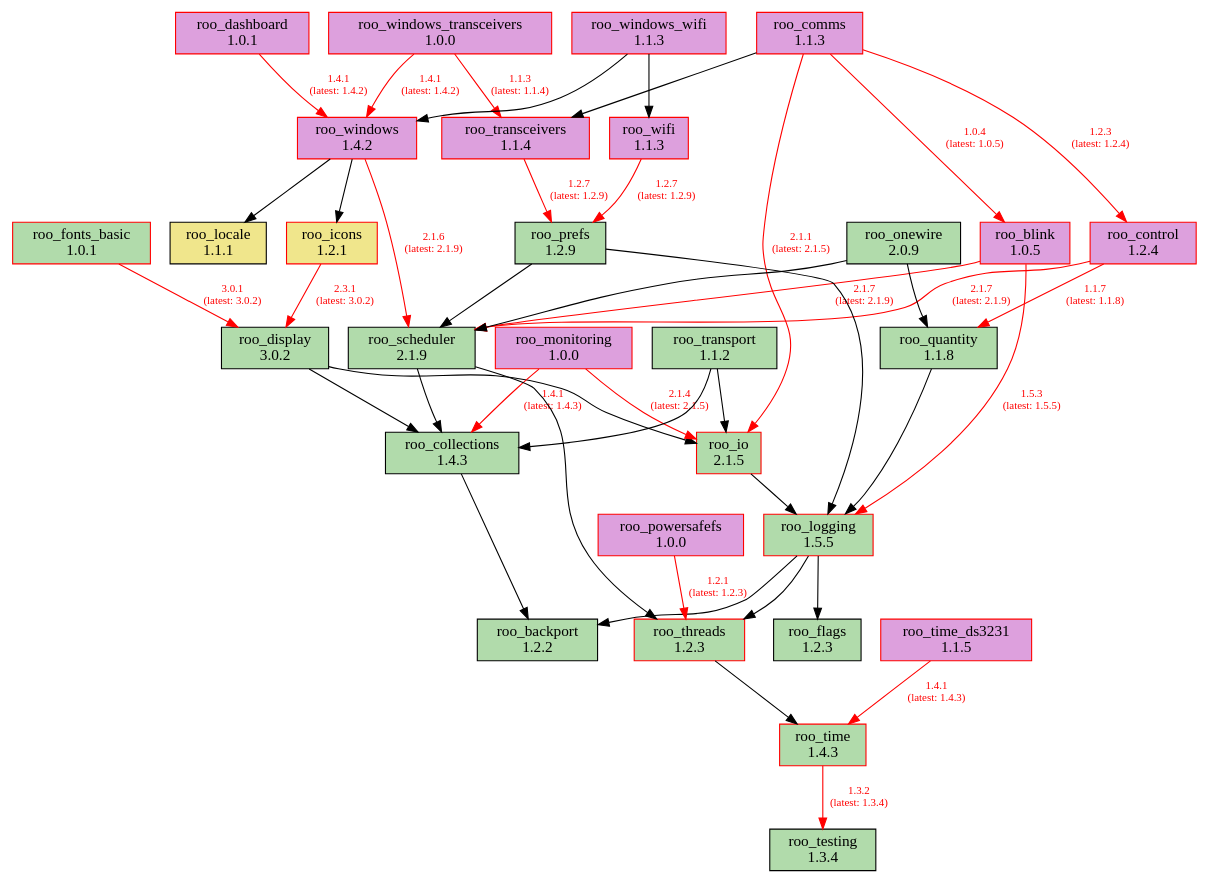
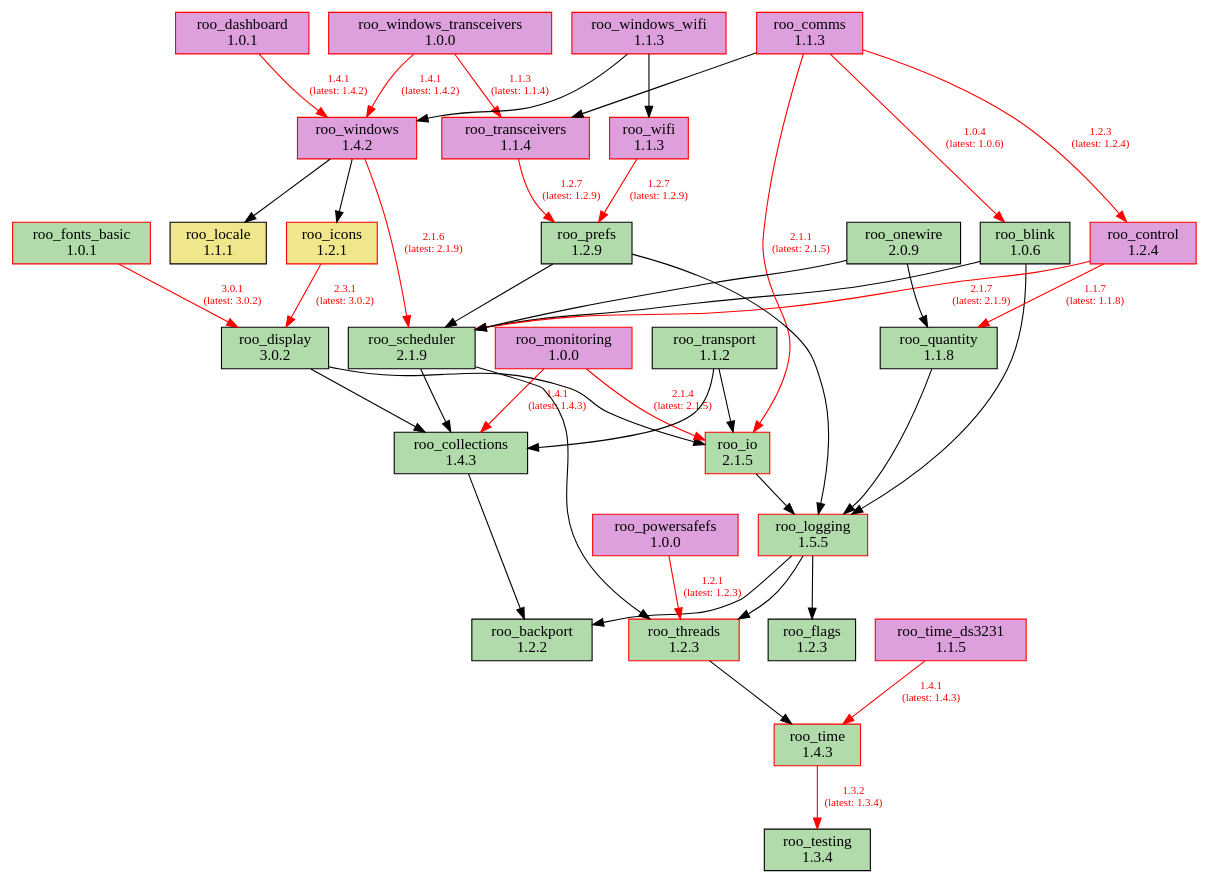
One commit to dejwk/roo-registry changed the diagram in doc/dependencies.dot. Above: the diagram before and after it, drawn with Graphviz. The commit also changed 3 other files, not shown here.

Commit message:
Added roo_blink 1.0.6 to the registry.

```diff
--- a/doc/dependencies.dot
+++ b/doc/dependencies.dot
@@ -1,80 +1,80 @@
 digraph dependencies {
     rankdir=TB;
     node [shape=box, style=filled];
     edge [fontsize=10];
 
     // Modules
     "roo_backport" [label="roo_backport\n1.2.2", fillcolor="#b1dbab", color="black"];
-    "roo_blink" [label="roo_blink\n1.0.5", fillcolor="plum", color="red"];
+    "roo_blink" [label="roo_blink\n1.0.6", fillcolor="#b1dbab", color="black"];
     "roo_collections" [label="roo_collections\n1.4.3", fillcolor="#b1dbab", color="black"];
     "roo_comms" [label="roo_comms\n1.1.3", fillcolor="plum", color="red"];
     "roo_control" [label="roo_control\n1.2.4", fillcolor="plum", color="red"];
     "roo_dashboard" [label="roo_dashboard\n1.0.1", fillcolor="plum", color="red"];
     "roo_display" [label="roo_display\n3.0.2", fillcolor="#b1dbab", color="black"];
     "roo_flags" [label="roo_flags\n1.2.3", fillcolor="#b1dbab", color="black"];
     "roo_fonts_basic" [label="roo_fonts_basic\n1.0.1", fillcolor="#b1dbab", color="red"];
     "roo_icons" [label="roo_icons\n1.2.1", fillcolor="khaki", color="red"];
     "roo_io" [label="roo_io\n2.1.5", fillcolor="#b1dbab", color="red"];
     "roo_locale" [label="roo_locale\n1.1.1", fillcolor="khaki", color="black"];
     "roo_logging" [label="roo_logging\n1.5.5", fillcolor="#b1dbab", color="red"];
     "roo_monitoring" [label="roo_monitoring\n1.0.0", fillcolor="plum", color="red"];
     "roo_onewire" [label="roo_onewire\n2.0.9", fillcolor="#b1dbab", color="black"];
     "roo_powersafefs" [label="roo_powersafefs\n1.0.0", fillcolor="plum", color="red"];
     "roo_prefs" [label="roo_prefs\n1.2.9", fillcolor="#b1dbab", color="black"];
     "roo_quantity" [label="roo_quantity\n1.1.8", fillcolor="#b1dbab", color="black"];
     "roo_scheduler" [label="roo_scheduler\n2.1.9", fillcolor="#b1dbab", color="black"];
     "roo_testing" [label="roo_testing\n1.3.4", fillcolor="#b1dbab", color="black"];
     "roo_threads" [label="roo_threads\n1.2.3", fillcolor="#b1dbab", color="red"];
     "roo_time" [label="roo_time\n1.4.3", fillcolor="#b1dbab", color="red"];
     "roo_time_ds3231" [label="roo_time_ds3231\n1.1.5", fillcolor="plum", color="red"];
     "roo_transceivers" [label="roo_transceivers\n1.1.4", fillcolor="plum", color="red"];
     "roo_transport" [label="roo_transport\n1.1.2", fillcolor="#b1dbab", color="black"];
     "roo_wifi" [label="roo_wifi\n1.1.3", fillcolor="plum", color="red"];
     "roo_windows" [label="roo_windows\n1.4.2", fillcolor="plum", color="red"];
     "roo_windows_transceivers" [label="roo_windows_transceivers\n1.0.0", fillcolor="plum", color="red"];
     "roo_windows_wifi" [label="roo_windows_wifi\n1.1.3", fillcolor="plum", color="red"];
 
     // Dependencies
-    "roo_blink" -> "roo_logging" [color=red, fontcolor=red, label="1.5.3\n(latest: 1.5.5)"];
-    "roo_blink" -> "roo_scheduler" [color=red, fontcolor=red, label="2.1.7\n(latest: 2.1.9)"];
+    "roo_blink" -> "roo_logging";
+    "roo_blink" -> "roo_scheduler";
     "roo_collections" -> "roo_backport";
-    "roo_comms" -> "roo_blink" [color=red, fontcolor=red, label="1.0.4\n(latest: 1.0.5)"];
+    "roo_comms" -> "roo_blink" [color=red, fontcolor=red, label="1.0.4\n(latest: 1.0.6)"];
     "roo_comms" -> "roo_control" [color=red, fontcolor=red, label="1.2.3\n(latest: 1.2.4)"];
     "roo_comms" -> "roo_io" [color=red, fontcolor=red, label="2.1.1\n(latest: 2.1.5)"];
     "roo_comms" -> "roo_transceivers";
     "roo_control" -> "roo_quantity" [color=red, fontcolor=red, label="1.1.7\n(latest: 1.1.8)"];
     "roo_control" -> "roo_scheduler" [color=red, fontcolor=red, label="2.1.7\n(latest: 2.1.9)"];
     "roo_dashboard" -> "roo_windows" [color=red, fontcolor=red, label="1.4.1\n(latest: 1.4.2)"];
     "roo_display" -> "roo_collections";
     "roo_display" -> "roo_io";
     "roo_fonts_basic" -> "roo_display" [color=red, fontcolor=red, label="3.0.1\n(latest: 3.0.2)"];
     "roo_icons" -> "roo_display" [color=red, fontcolor=red, label="2.3.1\n(latest: 3.0.2)"];
     "roo_io" -> "roo_logging";
     "roo_logging" -> "roo_backport";
     "roo_logging" -> "roo_flags";
     "roo_logging" -> "roo_threads";
     "roo_monitoring" -> "roo_collections" [color=red, fontcolor=red, label="1.4.1\n(latest: 1.4.3)"];
     "roo_monitoring" -> "roo_io" [color=red, fontcolor=red, label="2.1.4\n(latest: 2.1.5)"];
     "roo_onewire" -> "roo_scheduler";
     "roo_onewire" -> "roo_quantity";
     "roo_powersafefs" -> "roo_threads" [color=red, fontcolor=red, label="1.2.1\n(latest: 1.2.3)"];
     "roo_prefs" -> "roo_logging";
     "roo_prefs" -> "roo_scheduler";
     "roo_quantity" -> "roo_logging";
     "roo_scheduler" -> "roo_collections";
     "roo_scheduler" -> "roo_threads";
     "roo_threads" -> "roo_time";
     "roo_time" -> "roo_testing" [color=red, fontcolor=red, label="1.3.2\n(latest: 1.3.4)"];
     "roo_time_ds3231" -> "roo_time" [color=red, fontcolor=red, label="1.4.1\n(latest: 1.4.3)"];
     "roo_transceivers" -> "roo_prefs" [color=red, fontcolor=red, label="1.2.7\n(latest: 1.2.9)"];
     "roo_transport" -> "roo_collections";
     "roo_transport" -> "roo_io";
     "roo_wifi" -> "roo_prefs" [color=red, fontcolor=red, label="1.2.7\n(latest: 1.2.9)"];
     "roo_windows" -> "roo_locale";
     "roo_windows" -> "roo_icons";
     "roo_windows" -> "roo_scheduler" [color=red, fontcolor=red, label="2.1.6\n(latest: 2.1.9)"];
     "roo_windows_transceivers" -> "roo_transceivers" [color=red, fontcolor=red, label="1.1.3\n(latest: 1.1.4)"];
     "roo_windows_transceivers" -> "roo_windows" [color=red, fontcolor=red, label="1.4.1\n(latest: 1.4.2)"];
     "roo_windows_wifi" -> "roo_wifi";
     "roo_windows_wifi" -> "roo_windows";
 }
```
